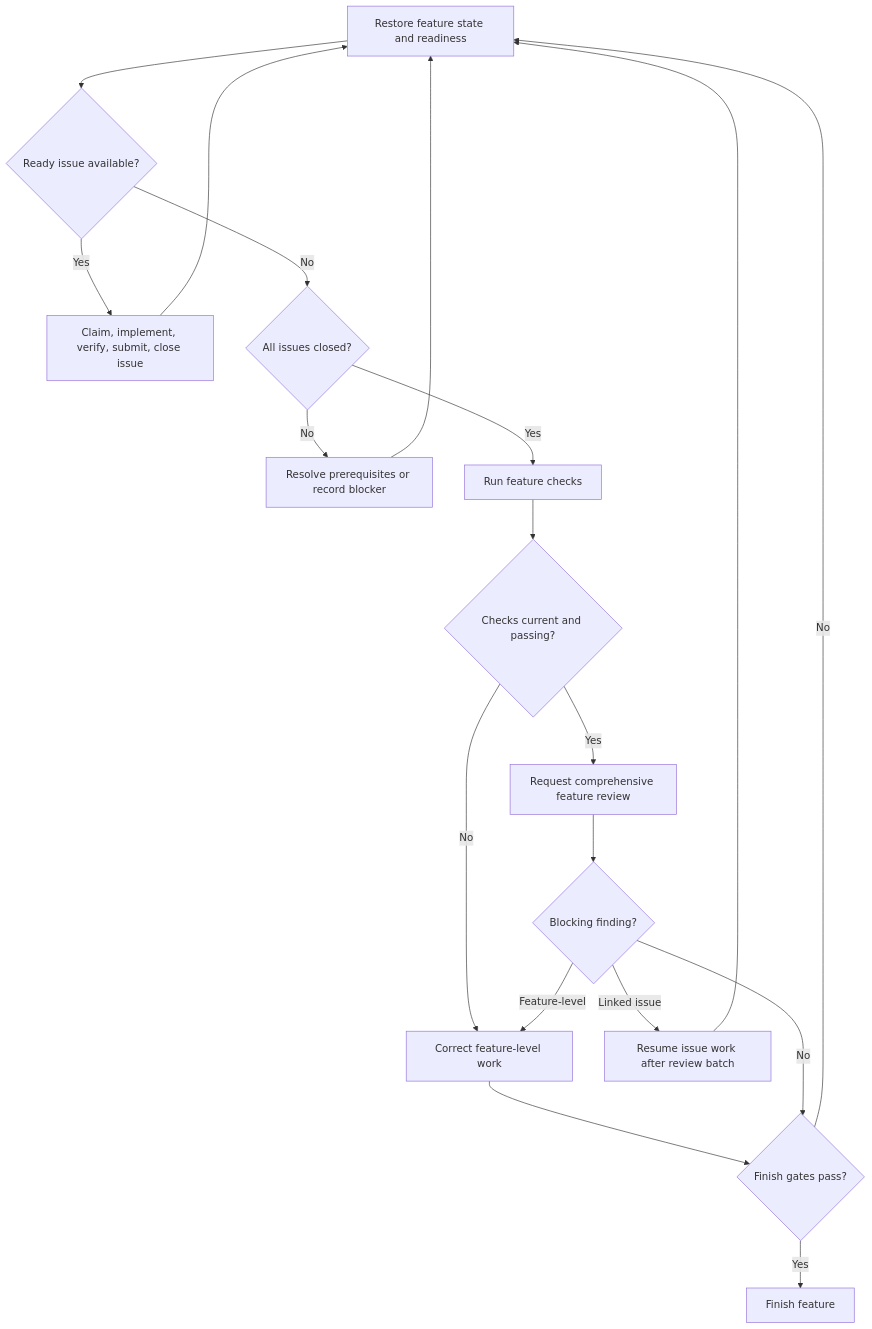
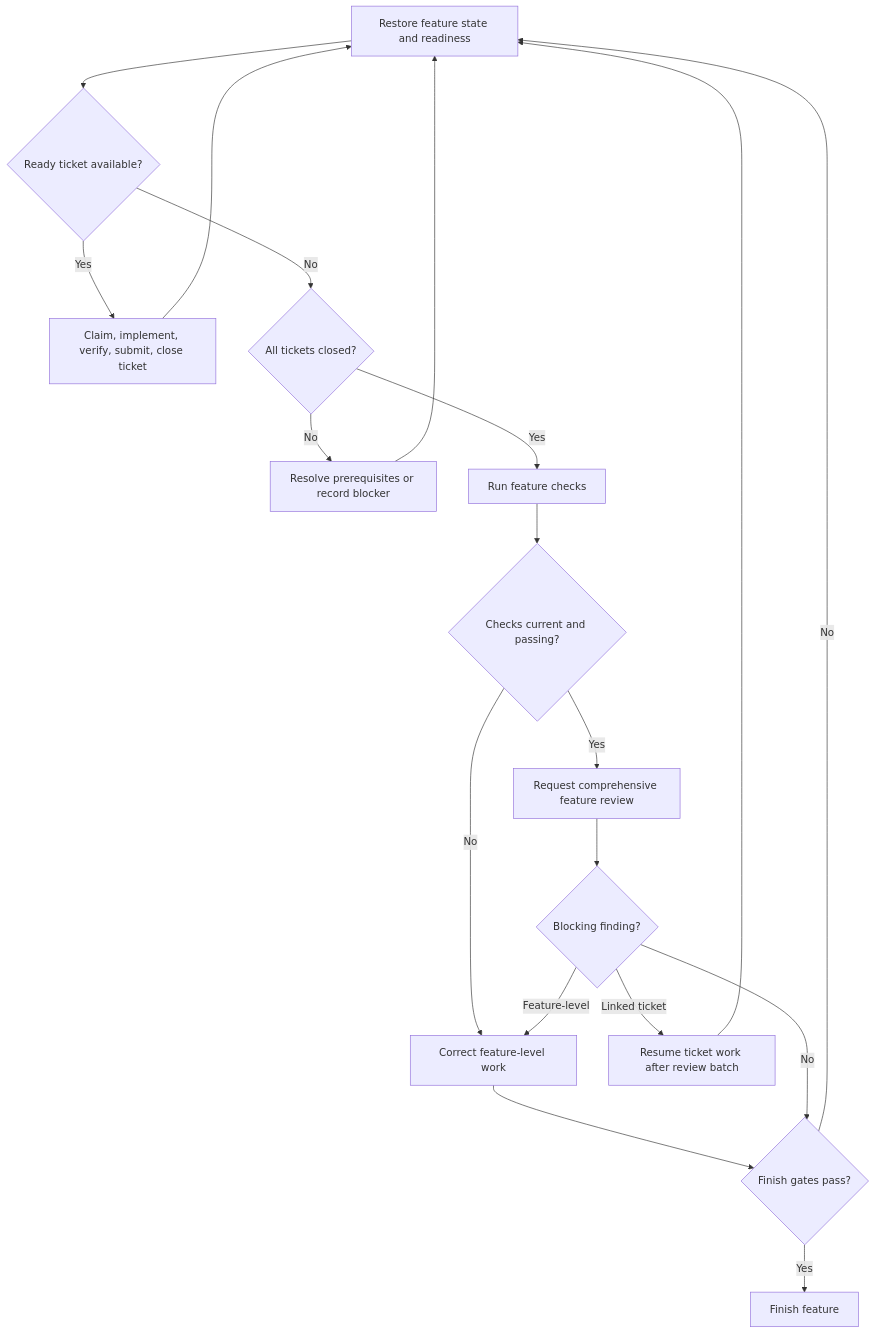
One commit to UseTheFork/spindle changed the diagram in src/Assets/Blueprints/skills/int-subagent-driven-dev/SKILL.md. Above: the diagram before and after it, drawn with Mermaid. The commit also changed other lines of this file and 106 other files, not shown here.

Commit message:
feat: refactor issue handling to ticket management in tests and services

````diff
--- a/src/Assets/Blueprints/skills/int-subagent-driven-dev/SKILL.md
+++ b/src/Assets/Blueprints/skills/int-subagent-driven-dev/SKILL.md
@@ -20,21 +20,21 @@
 ```mermaid
 flowchart TD
-    A[Restore feature state and readiness] --> B{Ready issue available?}
-    B -- Yes --> C[Claim, implement, verify, submit, close issue]
+    A[Restore feature state and readiness] --> B{Ready ticket available?}
+    B -- Yes --> C[Claim, implement, verify, submit, close ticket]
     C --> A
-    B -- No --> D{All issues closed?}
+    B -- No --> D{All tickets closed?}
     D -- No --> E[Resolve prerequisites or record blocker]
     E --> A
     D -- Yes --> F[Run feature checks]
     F --> G{Checks current and passing?}
     G -- No --> K[Correct feature-level work]
     G -- Yes --> H[Request comprehensive feature review]
     H --> I{Blocking finding?}
-    I -- Linked issue --> J[Resume issue work after review batch]
+    I -- Linked ticket --> J[Resume ticket work after review batch]
     J --> A
     I -- Feature-level --> K
     K --> L
     I -- No --> L{Finish gates pass?}
     L -- No --> A
     L -- Yes --> M[Finish feature]
 ```
````
